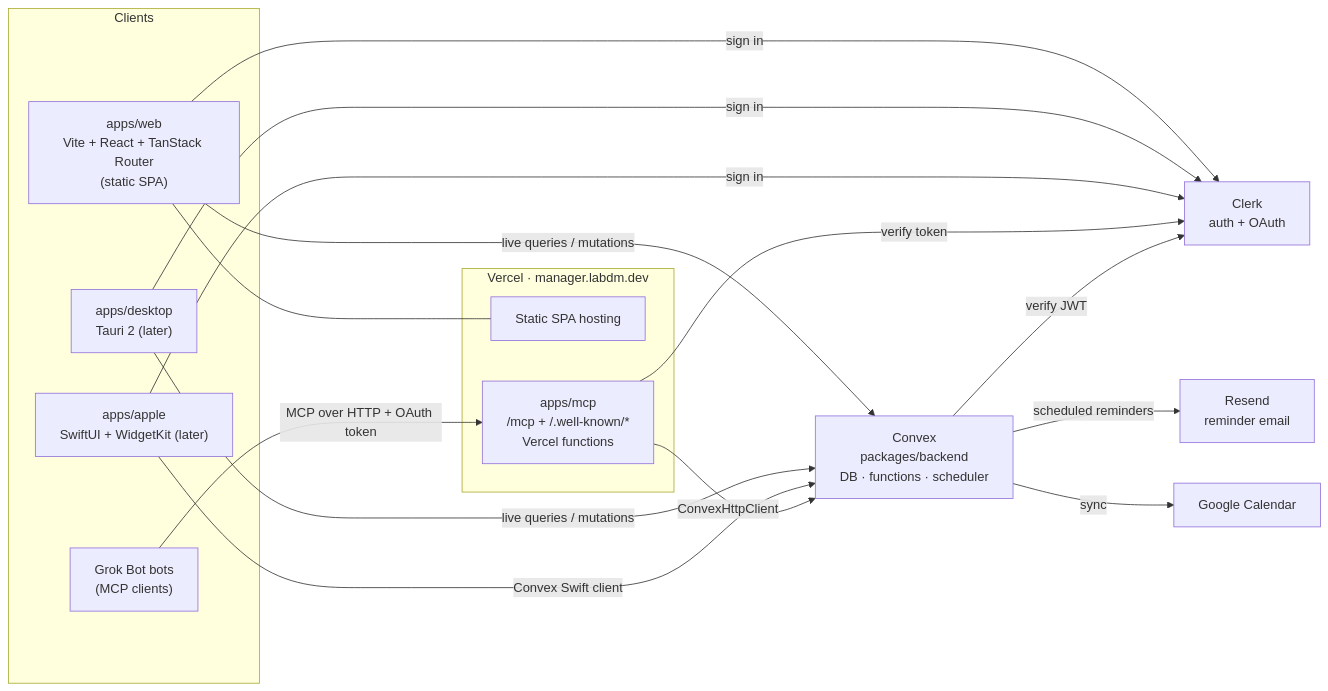
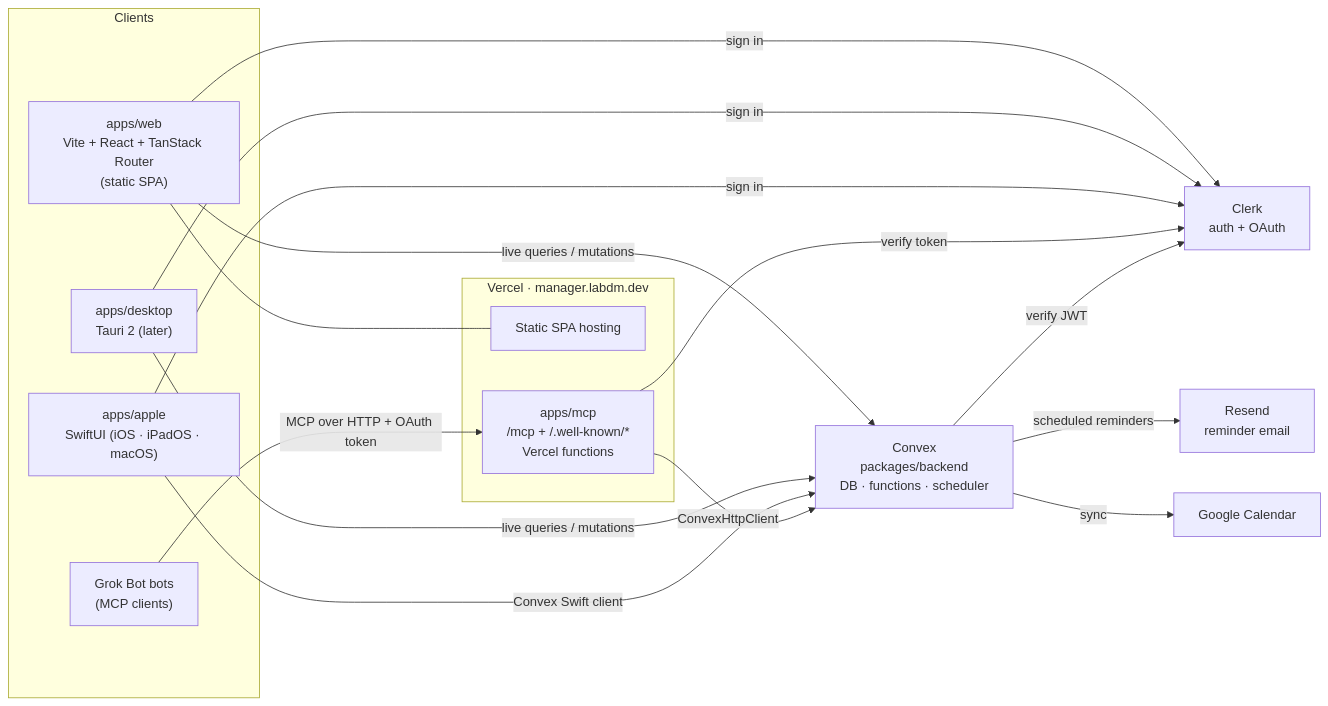
The first of 2 diagrams in docs/architecture.md (labdm/manager), drawn with Mermaid before and after one commit. The commit also changed other lines of this file and 61 other files, not shown here.

First line of the commit message:
Add native SwiftUI Apple client and fix glass layout regression

````diff
--- a/docs/architecture.md
+++ b/docs/architecture.md
@@ -7,31 +7,31 @@
 ```mermaid
 flowchart LR
   subgraph Clients
     WEB["apps/web<br/>Vite + React + TanStack Router<br/>(static SPA)"]
     DESK["apps/desktop<br/>Tauri 2 (later)"]
-    APPLE["apps/apple<br/>SwiftUI + WidgetKit (later)"]
+    APPLE["apps/apple<br/>SwiftUI (iOS · iPadOS · macOS)"]
     BOTS["Grok Bot bots<br/>(MCP clients)"]
   end
 
   subgraph Vercel["Vercel · manager.labdm.dev"]
     STATIC["Static SPA hosting"]
     MCP["apps/mcp<br/>/mcp + /.well-known/*<br/>Vercel functions"]
   end
 
   CLERK["Clerk<br/>auth + OAuth"]
   CONVEX["Convex<br/>packages/backend<br/>DB · functions · scheduler"]
   RESEND["Resend<br/>reminder email"]
   GCAL["Google Calendar"]
 
   WEB --- STATIC
   WEB -- live queries / mutations --> CONVEX
   DESK -- live queries / mutations --> CONVEX
   APPLE -- Convex Swift client --> CONVEX
   BOTS -- MCP over HTTP + OAuth token --> MCP
   MCP -- ConvexHttpClient --> CONVEX
   WEB & DESK & APPLE -- sign in --> CLERK
   MCP -- verify token --> CLERK
   CONVEX -- verify JWT --> CLERK
   CONVEX -- scheduled reminders --> RESEND
   CONVEX -- sync --> GCAL
 ```
````
